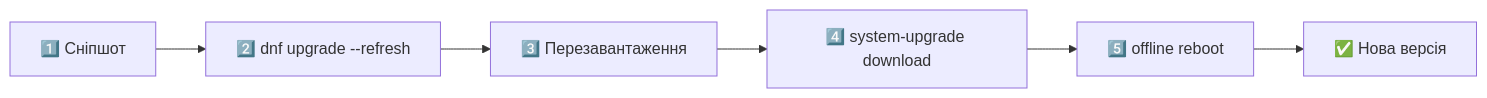
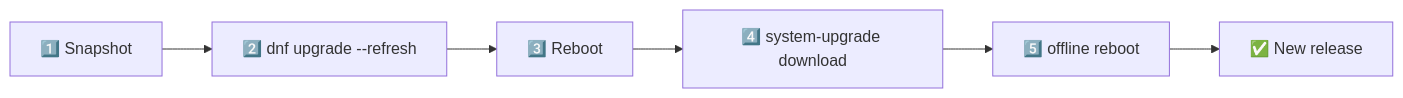
One commit to andriyevski/python-learning-portfolio changed the third of 13 diagrams in commands.md. Above: the diagram before and after it, drawn with Mermaid. The commit also changed other lines of this file and 3 other files, not shown here.

````diff
--- a/commands.md
+++ b/commands.md
@@ -181,8 +186,8 @@
 ```mermaid
 graph LR
-    A["1️⃣ Сніпшот"] --> B["2️⃣ dnf upgrade --refresh"]
-    B --> C["3️⃣ Перезавантаження"]
+    A["1️⃣ Snapshot"] --> B["2️⃣ dnf upgrade --refresh"]
+    B --> C["3️⃣ Reboot"]
     C --> D["4️⃣ system-upgrade download"]
     D --> E["5️⃣ offline reboot"]
-    E --> F["✅ Нова версія"]
+    E --> F["✅ New release"]
 ```
````
